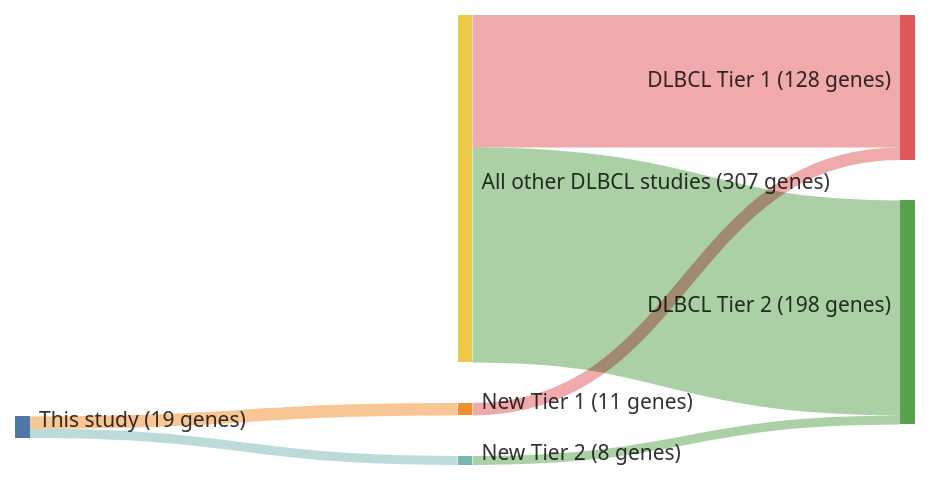
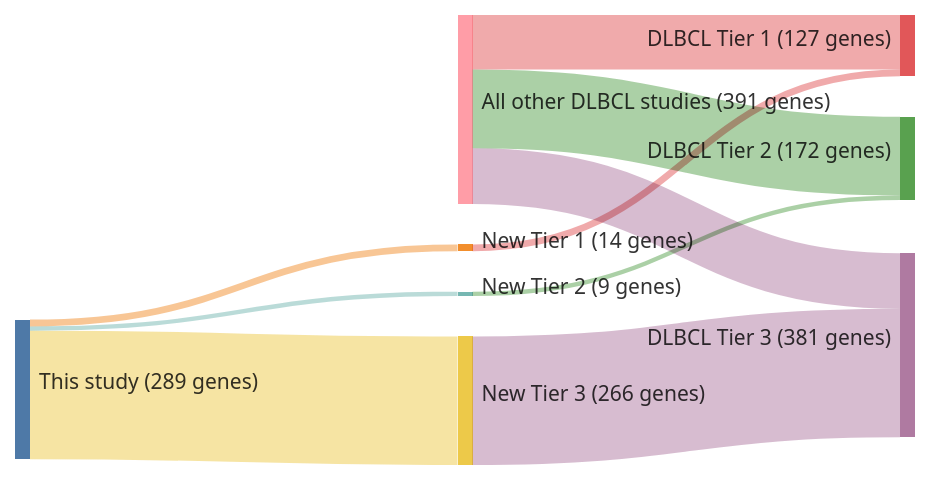
Before and after one commit to morinlab/lymphopedia: the diagram in papers/zhangGeneticHeterogeneityDiffuse2013.md, drawn with Mermaid. The commit also changed other lines of this file, not shown here.

````diff
--- a/papers/zhangGeneticHeterogeneityDiffuse2013.md
+++ b/papers/zhangGeneticHeterogeneityDiffuse2013.md
@@ -12,20 +12,23 @@
 ```mermaid
 ---
 config:
     sankey:
         showValues: true
         linkColor: target
         width: 600
         height: 300
         nodeAlignment: right
         prefix: '('
         suffix: ' genes)'
 ---
 sankey-beta
-This study, New Tier 1, 11
-New Tier 1, DLBCL Tier 1, 11
-This study, New Tier 2, 8
-New Tier 2, DLBCL Tier 2, 8
-All other DLBCL studies, DLBCL Tier 1, 117
-All other DLBCL studies, DLBCL Tier 2, 190
+This study, New Tier 1, 14
+New Tier 1, DLBCL Tier 1, 14
+This study, New Tier 2, 9
+New Tier 2, DLBCL Tier 2, 9
+This study, New Tier 3, 266
+New Tier 3, DLBCL Tier 3, 266
+All other DLBCL studies, DLBCL Tier 1, 113
+All other DLBCL studies, DLBCL Tier 2, 163
+All other DLBCL studies, DLBCL Tier 3, 115
 ```
````
